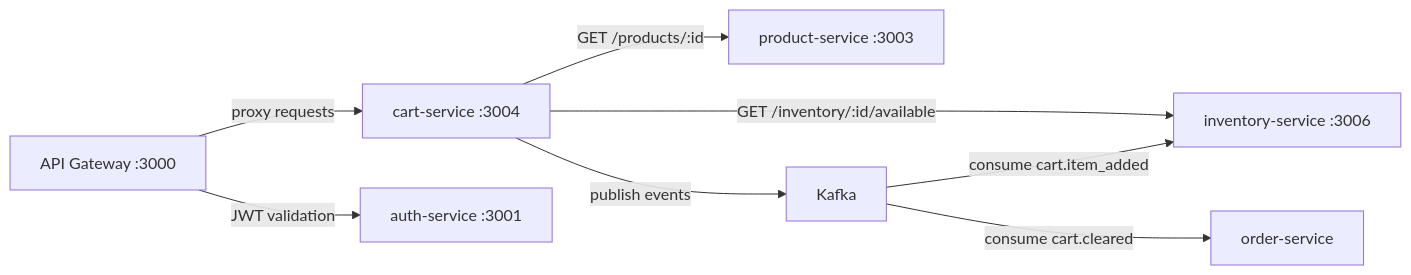
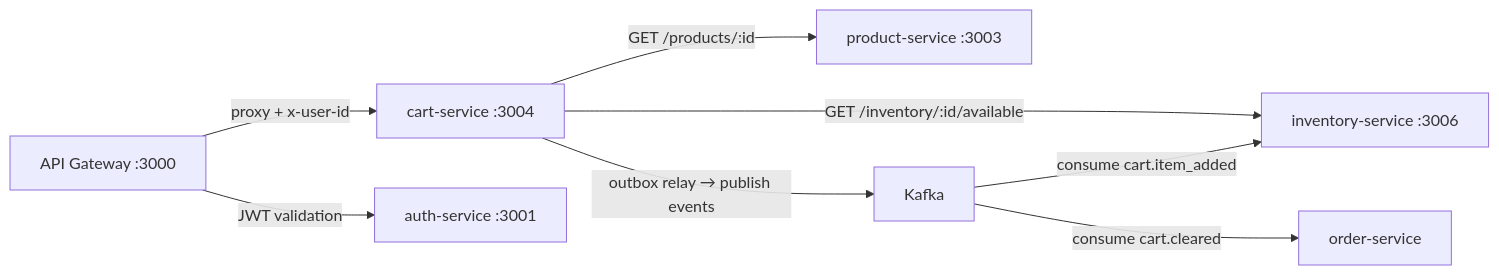
Before and after one commit to thachda0106/scalable-ecommerce-microservices: the fourth of 4 diagrams in apps/cart-service/docs/cart-service-architecture.md, drawn with Mermaid. The commit also changed other lines of this file and 3 other files, not shown here.

First line of the commit message:
docs(cart-service): update README and architecture docs for production-ready state

````diff
--- a/apps/cart-service/docs/cart-service-architecture.md
+++ b/apps/cart-service/docs/cart-service-architecture.md
@@ -287,18 +342,18 @@
 ```mermaid
 graph LR
     CS[cart-service :3004]
     PS[product-service :3003]
     IS[inventory-service :3006]
     OS[order-service]
     AS[auth-service :3001]
     GW[API Gateway :3000]
     K[Kafka]
 
-    GW -->|proxy requests| CS
+    GW -->|proxy + x-user-id| CS
     GW -->|JWT validation| AS
     CS -->|GET /products/:id| PS
     CS -->|GET /inventory/:id/available| IS
-    CS -->|publish events| K
+    CS -->|outbox relay → publish events| K
     K -->|consume cart.cleared| OS
     K -->|consume cart.item_added| IS
 ```
````
